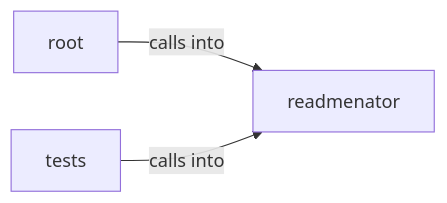
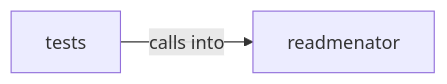
Before and after one commit to grisuno/ReadMenator: the diagram in readmenator-diagrams/readmenator__diagrams.md, drawn with Mermaid. The commit also changed other lines of this file and 334 other files, not shown here.

````diff
--- a/readmenator-diagrams/readmenator__diagrams.md
+++ b/readmenator-diagrams/readmenator__diagrams.md
@@ -5,8 +5,6 @@
 ```mermaid
 graph LR
     readmenator["readmenator"]
-    root["root"]
     tests["tests"]
-    root -- "calls into" --> readmenator
     tests -- "calls into" --> readmenator
 ```
````
